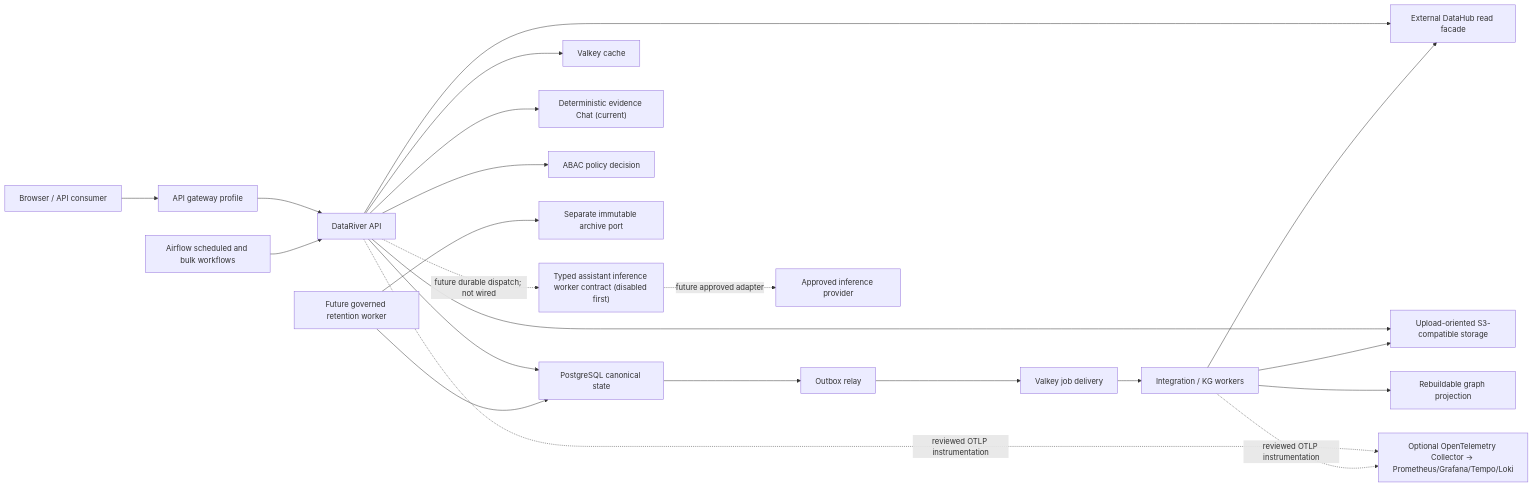
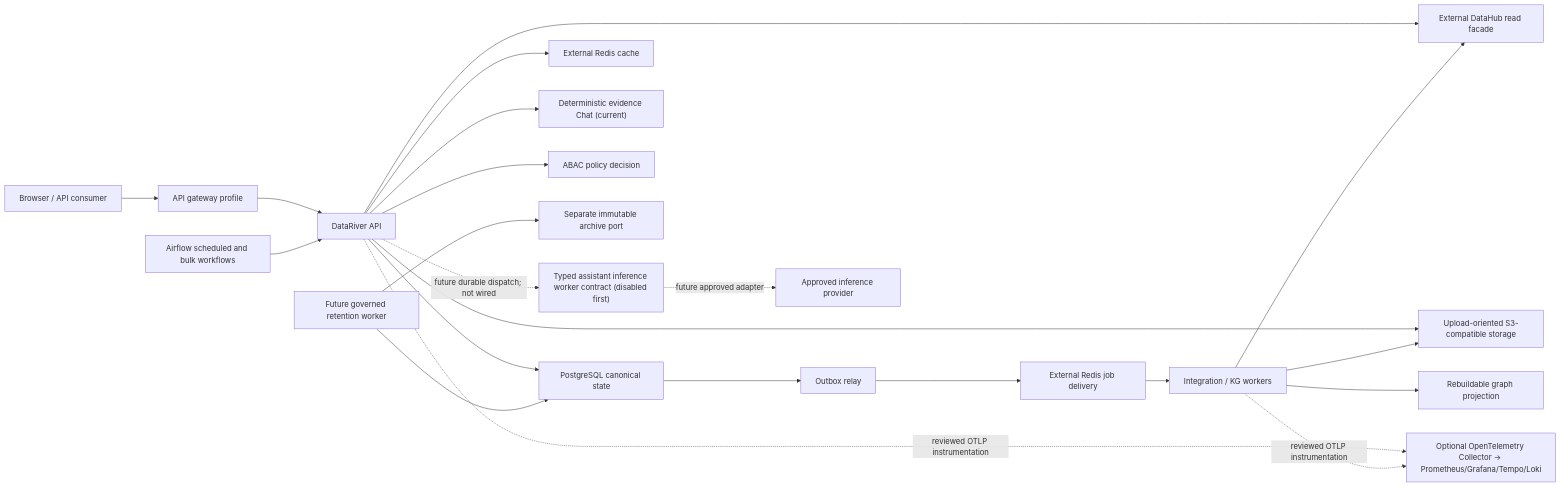
Before and after one commit to Ever-Real/datariver_poc_v0: the first of 2 diagrams in docs/03_ARCHITECTURE.md, drawn with Mermaid. The commit also changed other lines of this file and 57 other files, not shown here.

````diff
--- a/docs/03_ARCHITECTURE.md
+++ b/docs/03_ARCHITECTURE.md
@@ -20,24 +20,24 @@
 ```mermaid
 flowchart LR
     U["Browser / API consumer"] --> G["API gateway profile"]
     G --> A["DataRiver API"]
     A --> P["PostgreSQL canonical state"]
-    A --> VC["Valkey cache"]
+    A --> VC["External Redis cache"]
     A --> O["Upload-oriented S3-compatible storage"]
     A --> D["External DataHub read facade"]
     A --> C["Deterministic evidence Chat (current)"]
     A --> Z["ABAC policy decision"]
     P --> R["Outbox relay"]
-    R --> VQ["Valkey job delivery"]
+    R --> VQ["External Redis job delivery"]
     VQ --> W["Integration / KG workers"]
     W --> D
     W --> O
     W --> GP["Rebuildable graph projection"]
     RW["Future governed retention worker"] --> P
     RW --> IA["Separate immutable archive port"]
     AF["Airflow scheduled and bulk workflows"] --> A
     A -. "future durable dispatch; not wired" .-> IW["Typed assistant inference worker contract (disabled first)"]
     IW -. "future approved adapter" .-> L["Approved inference provider"]
     A -. "reviewed OTLP instrumentation" .-> OT["Optional OpenTelemetry Collector -> Prometheus/Grafana/Tempo/Loki"]
     W -. "reviewed OTLP instrumentation" .-> OT
 ```
````
